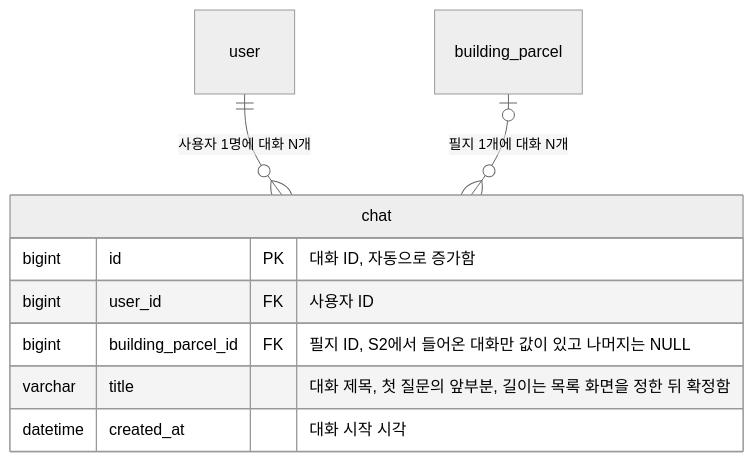
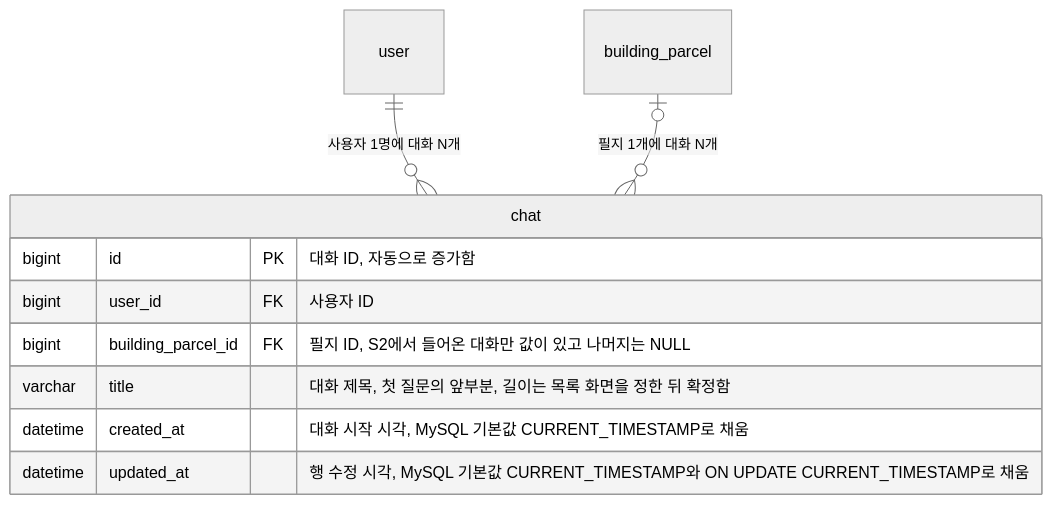
Before and after one commit to f-lab-edu/jipsee: the eighth of 12 diagrams in docs/erd.md, drawn with Mermaid (neutral theme). The commit also changed other lines of this file, not shown here.

Commit message:
docs: chat, chat_message에 생성 시각과 수정 시각 컬럼 추가

````diff
--- a/docs/erd.md
+++ b/docs/erd.md
@@ -233,12 +233,13 @@
 ```mermaid
 erDiagram
     user ||--o{ chat : "사용자 1명에 대화 N개"
     building_parcel |o--o{ chat : "필지 1개에 대화 N개"
     chat {
         bigint id PK "대화 ID, 자동으로 증가함"
         bigint user_id FK "사용자 ID"
         bigint building_parcel_id FK "필지 ID, S2에서 들어온 대화만 값이 있고 나머지는 NULL"
         varchar title "대화 제목, 첫 질문의 앞부분, 길이는 목록 화면을 정한 뒤 확정함"
-        datetime created_at "대화 시작 시각"
+        datetime created_at "대화 시작 시각, MySQL 기본값 CURRENT_TIMESTAMP로 채움"
+        datetime updated_at "행 수정 시각, MySQL 기본값 CURRENT_TIMESTAMP와 ON UPDATE CURRENT_TIMESTAMP로 채움"
     }
 ```
````
